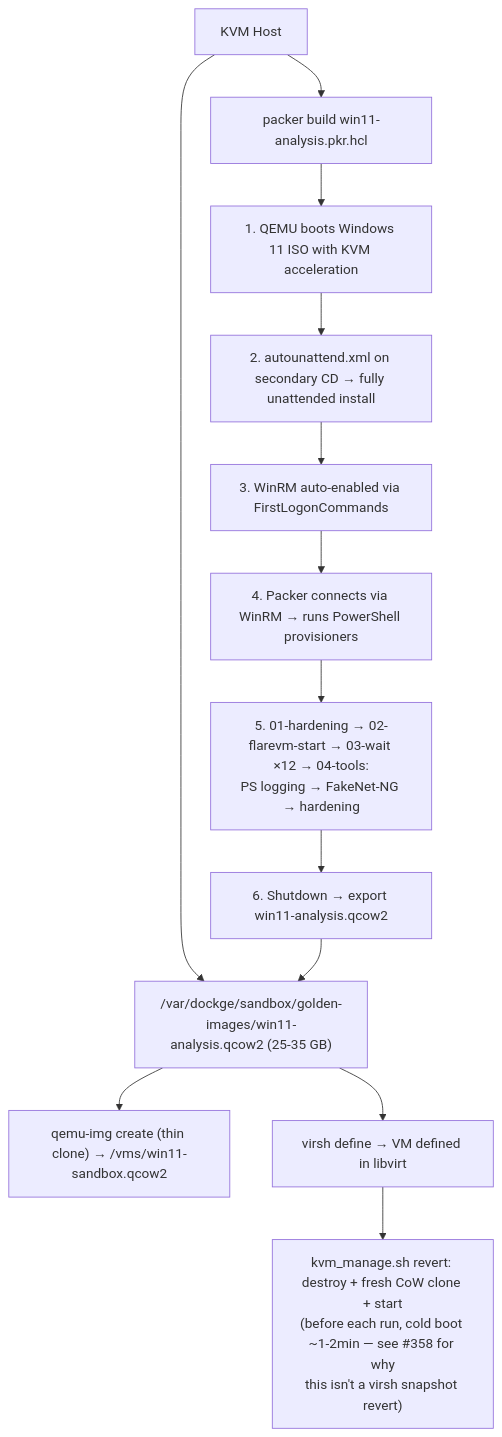
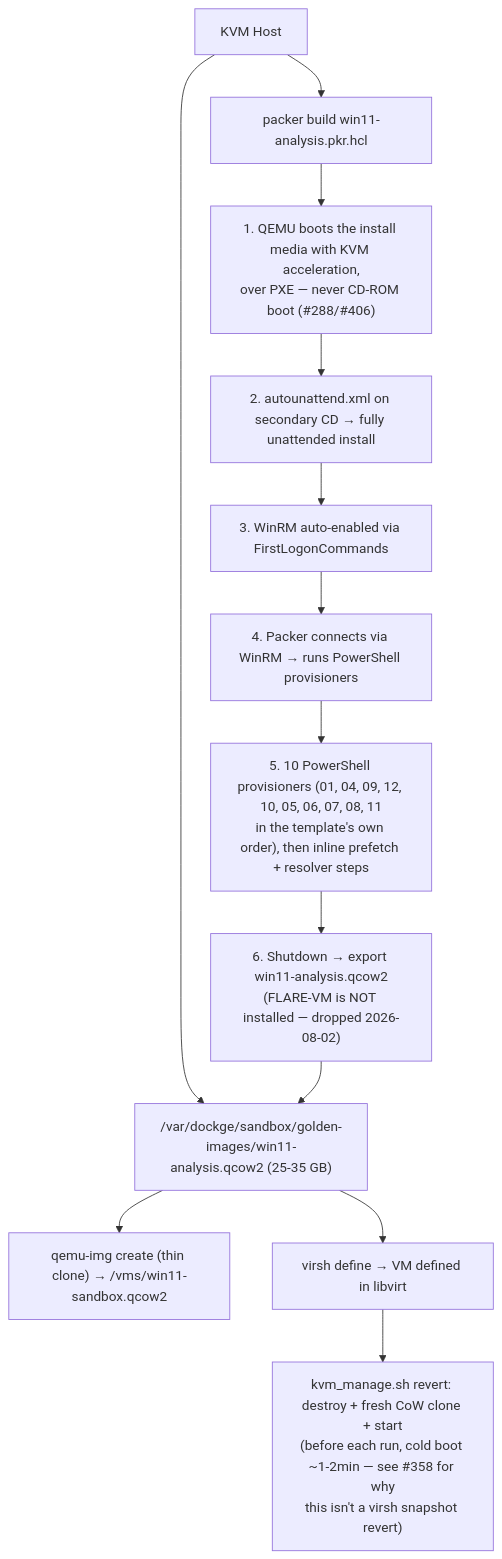
The diagram in docs/sandbox/windows/packer-golden-image-guide.md (Xore/APIARY), drawn with Mermaid before and after one commit. The commit also changed other lines of this file and 84 other files, not shown here.

First line of the commit message:
docs: reconcile 43 markdown files with the current repository state, and gate diagram/link rot (#3398)

````diff
--- a/docs/sandbox/windows/packer-golden-image-guide.md
+++ b/docs/sandbox/windows/packer-golden-image-guide.md
@@ -42,19 +49,19 @@
 ```mermaid
 flowchart TD
     Host["KVM Host"] --> Build["packer build win11-analysis.pkr.hcl"]
 
-    Build --> S1["1. QEMU boots Windows 11 ISO with KVM acceleration"]
+    Build --> S1["1. QEMU boots the install media with KVM acceleration,<br/>over PXE — never CD-ROM boot (#288/#406)"]
     S1 --> S2["2. autounattend.xml on secondary CD → fully unattended install"]
     S2 --> S3["3. WinRM auto-enabled via FirstLogonCommands"]
     S3 --> S4["4. Packer connects via WinRM → runs PowerShell provisioners"]
-    S4 --> S5["5. 01-hardening → 02-flarevm-start → 03-wait ×12 → 04-tools:<br/>PS logging → FakeNet-NG → hardening"]
-    S5 --> S6["6. Shutdown → export win11-analysis.qcow2"]
+    S4 --> S5["5. 10 PowerShell provisioners (01, 04, 09, 12, 10, 05, 06, 07, 08, 11<br/>in the template's own order), then inline prefetch + resolver steps"]
+    S5 --> S6["6. Shutdown → export win11-analysis.qcow2<br/>(FLARE-VM is NOT installed — dropped 2026-08-02)"]
 
     Host --> Image["/var/dockge/sandbox/golden-images/win11-analysis.qcow2 (25-35 GB)"]
     S6 --> Image
 
     Image --> Clone["qemu-img create (thin clone) → /vms/win11-sandbox.qcow2"]
     Image --> Define["virsh define → VM defined in libvirt"]
 
     Define --> Revert["kvm_manage.sh revert: destroy + fresh CoW clone + start<br/>(before each run, cold boot ~1-2min — see #358 for why<br/>this isn't a virsh snapshot revert)"]
 ```
````
